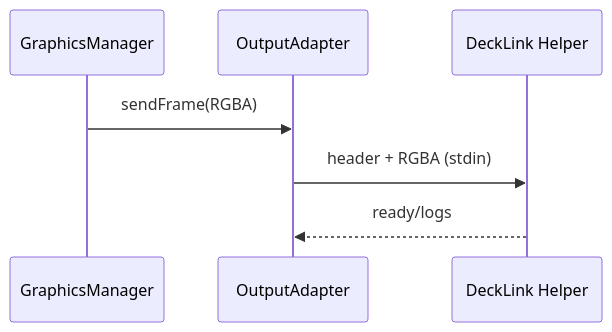
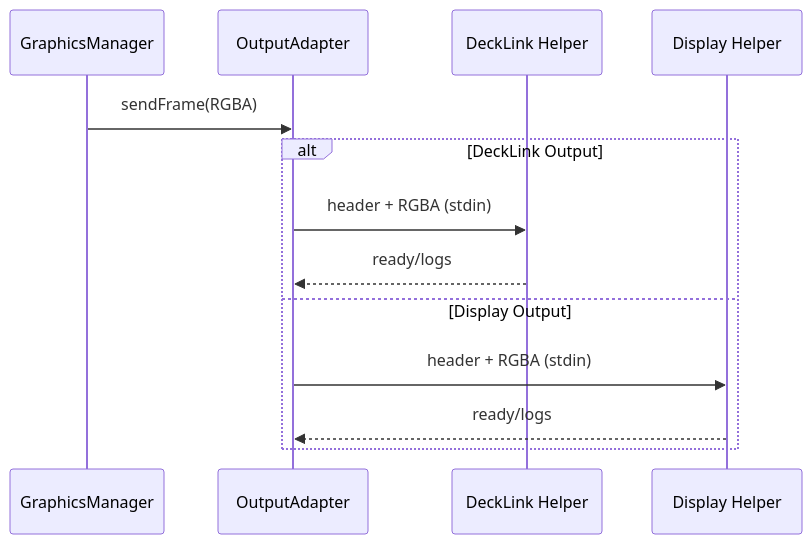
Before and after one commit to pivotrecruiting/broadify-bridge: the diagram in docs/bridge/subsystems/output-helper.md, drawn with Mermaid. The commit also changed other lines of this file and 2 other files, not shown here.

````diff
--- a/docs/bridge/subsystems/output-helper.md
+++ b/docs/bridge/subsystems/output-helper.md
@@ -21,10 +25,16 @@
 ```mermaid
 sequenceDiagram
   participant GM as GraphicsManager
   participant OA as OutputAdapter
   participant DH as DeckLink Helper
+  participant EH as Display Helper
 
   GM->>OA: sendFrame(RGBA)
-  OA->>DH: header + RGBA (stdin)
-  DH-->>OA: ready/logs
+  alt DeckLink Output
+    OA->>DH: header + RGBA (stdin)
+    DH-->>OA: ready/logs
+  else Display Output
+    OA->>EH: header + RGBA (stdin)
+    EH-->>OA: ready/logs
+  end
 ```
````
